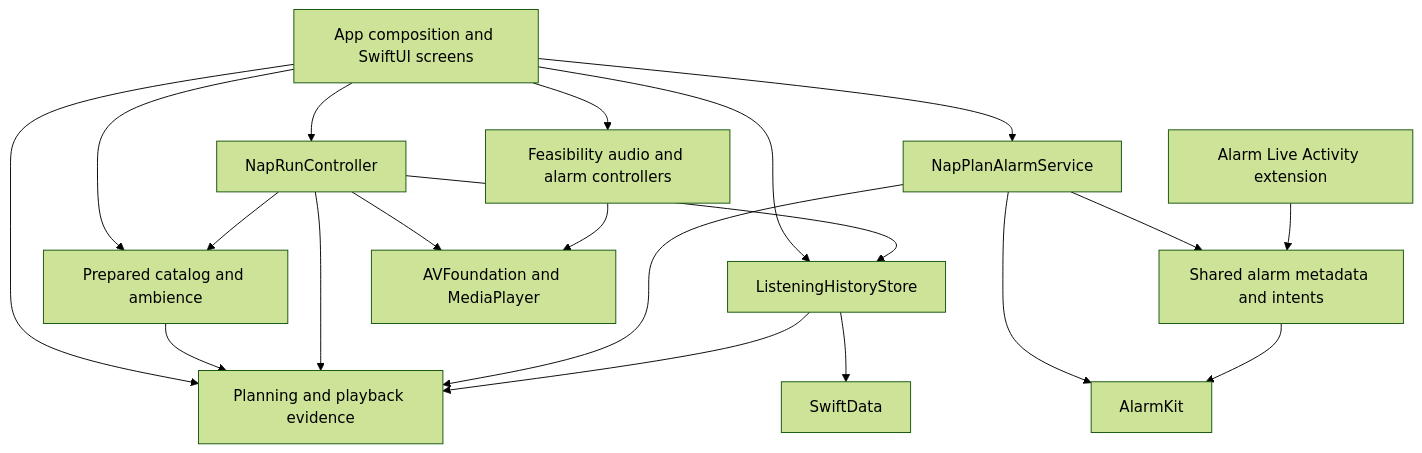
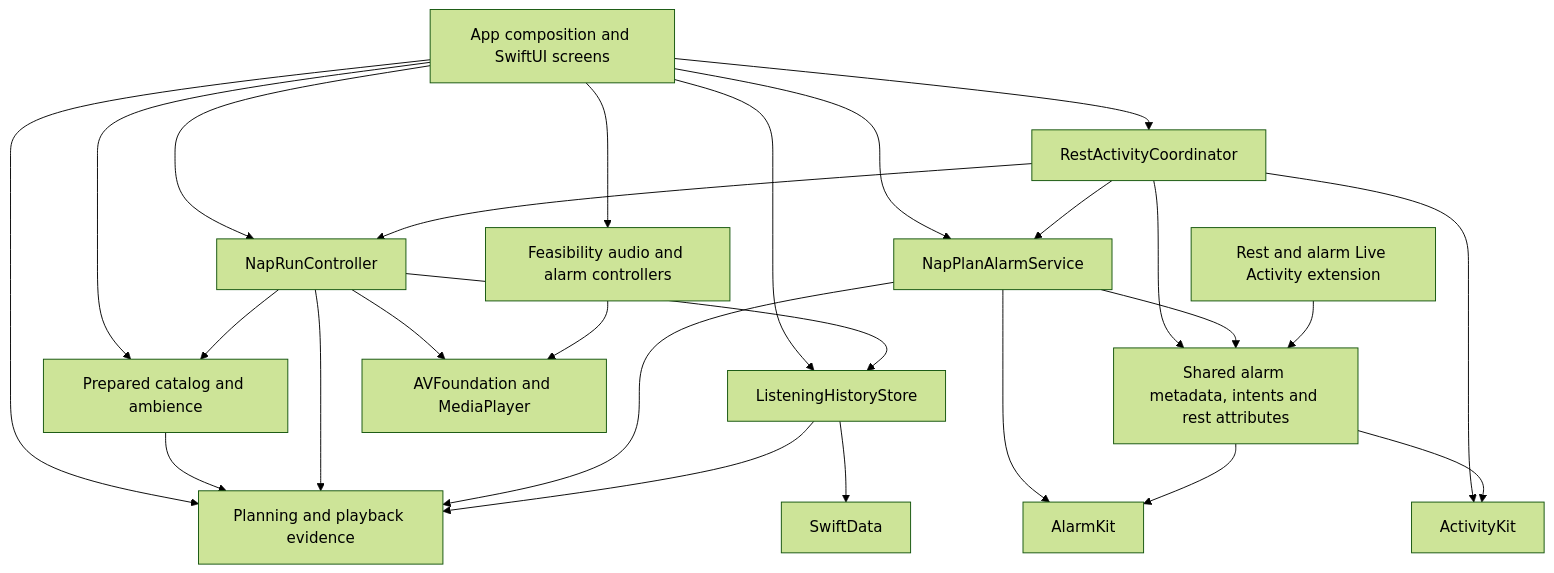
The diagram in docs/Architecture.md (joshuawyadao/Honkshool), drawn with Mermaid (forest theme) before and after one commit. The commit also changed other lines of this file and 25 other files, not shown here.

````diff
--- a/docs/Architecture.md
+++ b/docs/Architecture.md
@@ -7,22 +7,28 @@
 ```mermaid
 graph TD
   App[App composition and SwiftUI screens] --> Domain[Planning and playback evidence]
   App --> Content[Prepared catalog and ambience]
   App --> Run[NapRunController]
   App --> Alarm[NapPlanAlarmService]
+  App --> Activity[RestActivityCoordinator]
+  Activity --> Run
+  Activity --> Alarm
+  Activity --> ActivityKit
+  Activity --> Shared
   App --> History[ListeningHistoryStore]
   App --> Spike[Feasibility audio and alarm controllers]
   Content --> Domain
   Run --> Domain
   Run --> Content
   Run --> History
   Alarm --> Domain
-  Alarm --> Shared[Shared alarm metadata and intents]
+  Alarm --> Shared[Shared alarm metadata, intents and rest attributes]
   History --> Domain
   Run --> Audio[AVFoundation and MediaPlayer]
   Spike --> Audio
   Alarm --> AlarmKit
   History --> SwiftData
-  Widget[Alarm Live Activity extension] --> Shared
+  Widget[Rest and alarm Live Activity extension] --> Shared
   Shared --> AlarmKit
+  Shared --> ActivityKit
 ```
````
